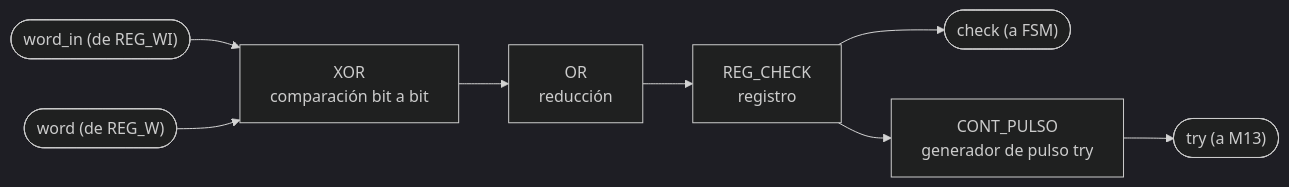
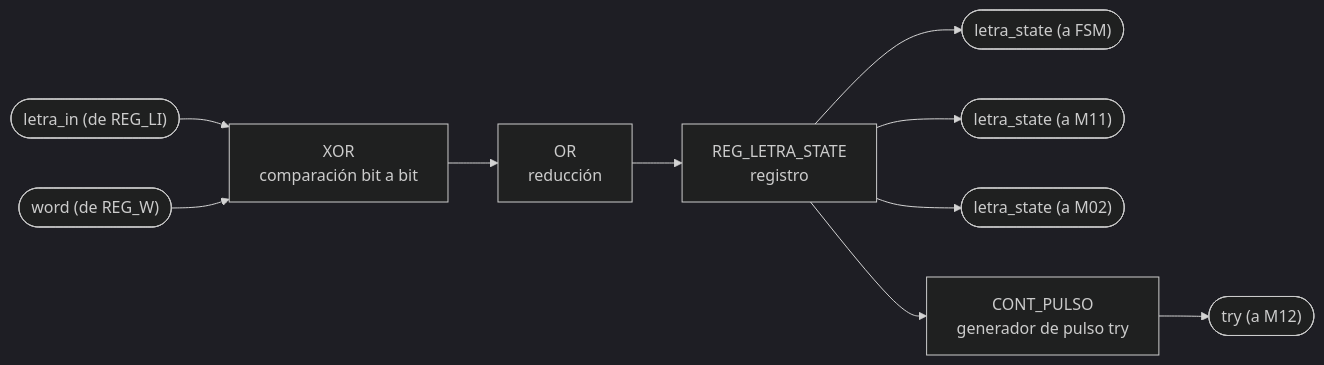
Before and after one commit to Taller-de-diseno-digital-GR01/Proyecto-2-Ahorcado: the eighth of 13 diagrams in docs/diseño/diagramas/nivel03.md, drawn with Mermaid (dark theme). The commit also changed other lines of this file and 1 other file, not shown here.

````diff
--- a/docs/diseño/diagramas/nivel03.md
+++ b/docs/diseño/diagramas/nivel03.md
@@ -298,10 +323,12 @@
 ```mermaid
 flowchart LR
-    IN_WIN(["word_in (de REG_WI)"]) --> XOR1["XOR<br/>comparación bit a bit"]
+    IN_LETRA(["letra_in (de REG_LI)"]) --> XOR1["XOR<br/>comparación bit a bit"]
     IN_W(["word (de REG_W)"]) --> XOR1
     XOR1 --> OR1["OR<br/>reducción"]
-    OR1 --> REG_CHK["REG_CHECK<br/>registro"]
-    REG_CHK --> OUT_CHK(["check (a FSM)"])
-    REG_CHK --> CNT1["CONT_PULSO<br/>generador de pulso try"]
-    CNT1 --> OUT_TRY(["try (a M13)"])
+    OR1 --> REG_ST["REG_LETRA_STATE<br/>registro"]
+    REG_ST --> OUT_FSM(["letra_state (a FSM)"])
+    REG_ST --> OUT_M11(["letra_state (a M11)"])
+    REG_ST --> OUT_M02(["letra_state (a M02)"])
+    REG_ST --> CNT1["CONT_PULSO<br/>generador de pulso try"]
+    CNT1 --> OUT_TRY(["try (a M12)"])
 ```
````
